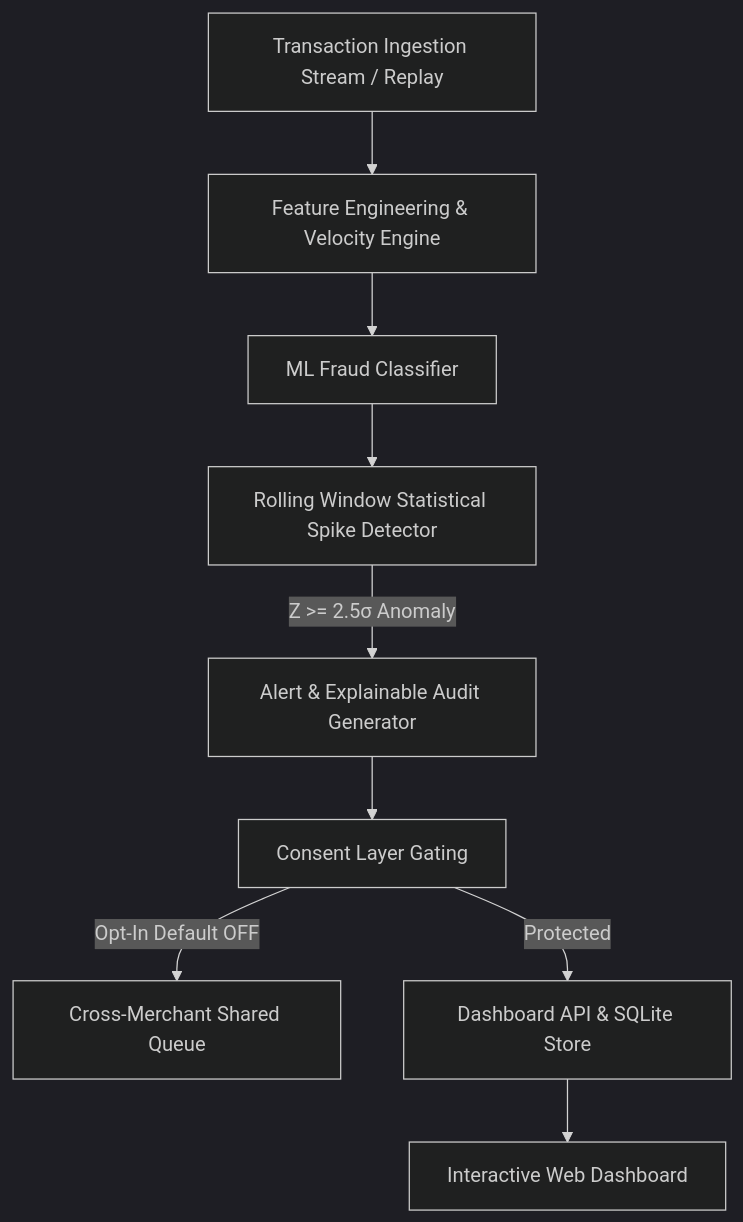
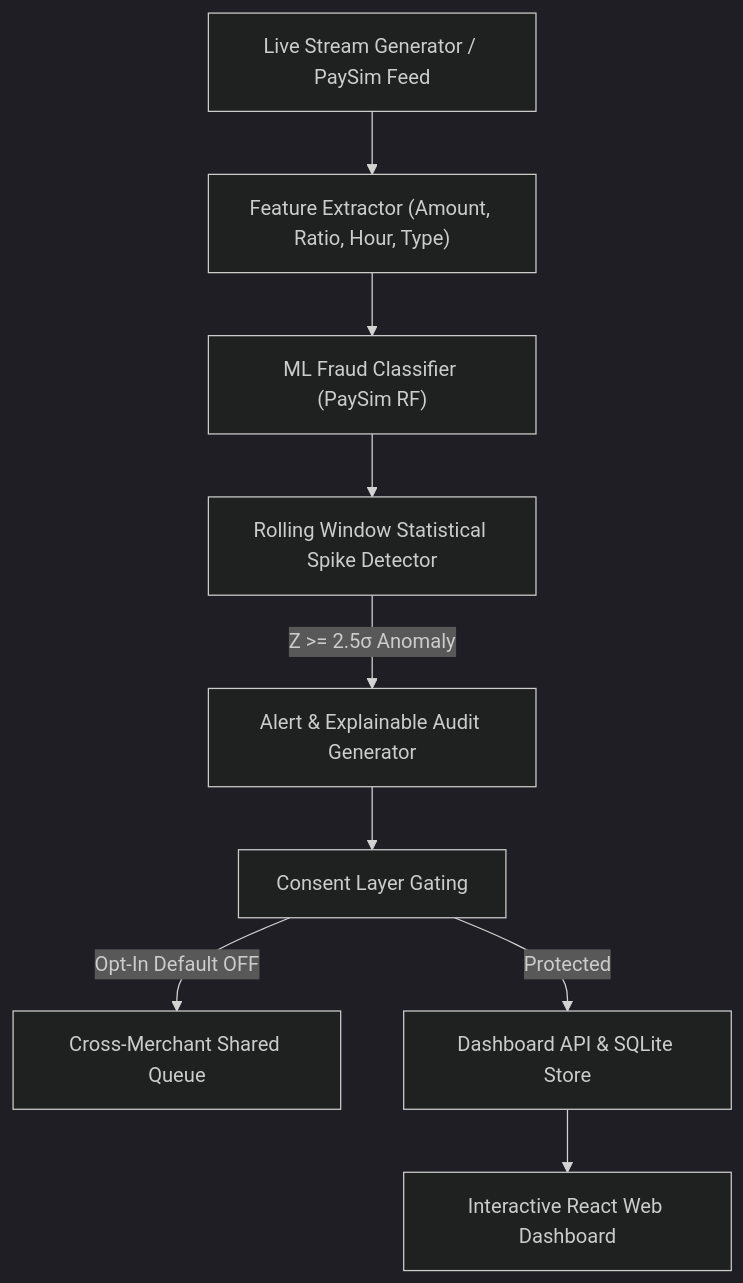
Before and after one commit to HariMuthuGanesh/Fraud_Spike_Detector: the diagram in README.md, drawn with Mermaid (dark theme). The commit also changed other lines of this file and 4 other files, not shown here.

Commit message:
fix(ml & eval): Train on PaySim data, unify model instance, and implement window-level spike evaluation

````diff
--- a/README.md
+++ b/README.md
@@ -19,11 +29,11 @@
 ```mermaid
 graph TD
-    A[Transaction Ingestion Stream / Replay] --> B[Feature Engineering & Velocity Engine]
-    B --> C[ML Fraud Classifier]
-    C --> D[Rolling Window Statistical Spike Detector]
-    D -->|Z >= 2.5σ Anomaly| E[Alert & Explainable Audit Generator]
-    E --> F[Consent Layer Gating]
-    F -->|Opt-In Default OFF| G[Cross-Merchant Shared Queue]
-    F -->|Protected| H[Dashboard API & SQLite Store]
-    H --> I[Interactive Web Dashboard]
+    A["Live Stream Generator / PaySim Feed"] --> B["Feature Extractor (Amount, Ratio, Hour, Type)"]
+    B --> C["ML Fraud Classifier (PaySim RF)"]
+    C --> D["Rolling Window Statistical Spike Detector"]
+    D -->|"Z >= 2.5σ Anomaly"| E["Alert & Explainable Audit Generator"]
+    E --> F["Consent Layer Gating"]
+    F -->|"Opt-In Default OFF"| G["Cross-Merchant Shared Queue"]
+    F -->|"Protected"| H["Dashboard API & SQLite Store"]
+    H --> I["Interactive React Web Dashboard"]
 ```
````
